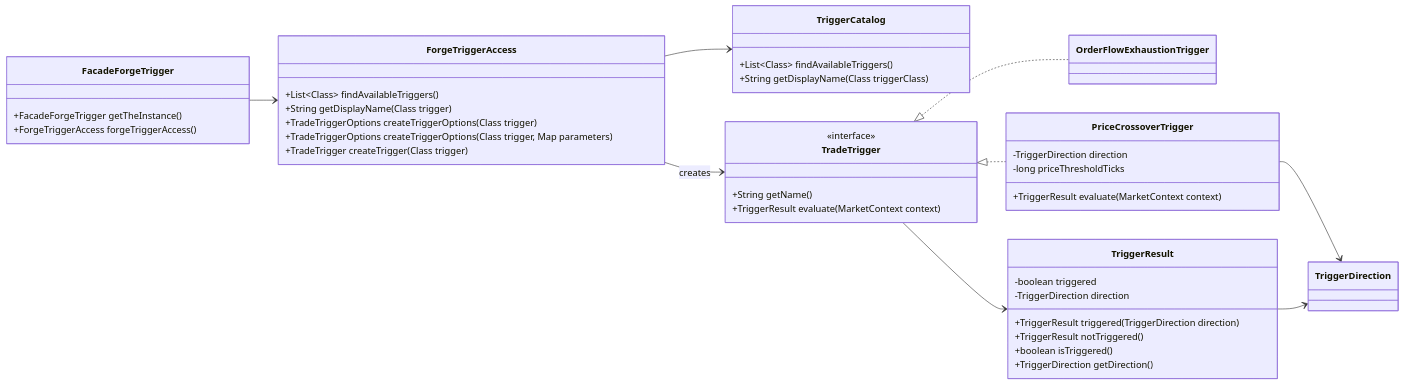
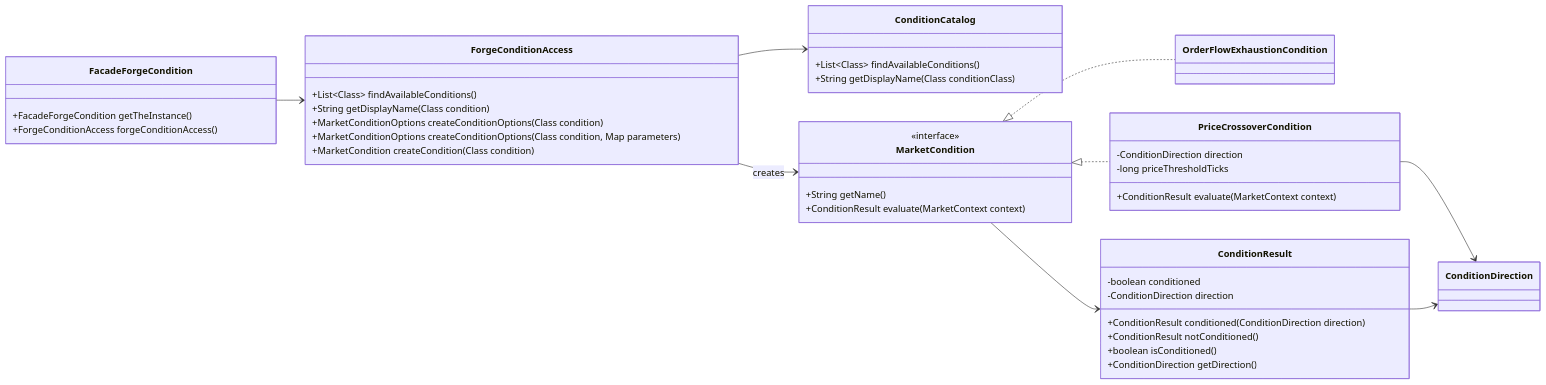
Diagram 14 of 22 in class-model.md (probst-paul/FORGE), drawn with Mermaid before and after one commit. The commit also changed other lines of this file and 125 other files, not shown here.

First line of the commit message:
Introduce MarketCondition and refactor triggers

````diff
--- a/class-model.md
+++ b/class-model.md
@@ -955,53 +955,53 @@
 ```mermaid
 classDiagram
     direction LR
 
-    class FacadeForgeTrigger {
-        +FacadeForgeTrigger getTheInstance()
-        +ForgeTriggerAccess forgeTriggerAccess()
+    class FacadeForgeCondition {
+        +FacadeForgeCondition getTheInstance()
+        +ForgeConditionAccess forgeConditionAccess()
     }
 
-    class ForgeTriggerAccess {
-        +List~Class~ findAvailableTriggers()
-        +String getDisplayName(Class trigger)
-        +TradeTriggerOptions createTriggerOptions(Class trigger)
-        +TradeTriggerOptions createTriggerOptions(Class trigger, Map parameters)
-        +TradeTrigger createTrigger(Class trigger)
+    class ForgeConditionAccess {
+        +List~Class~ findAvailableConditions()
+        +String getDisplayName(Class condition)
+        +MarketConditionOptions createConditionOptions(Class condition)
+        +MarketConditionOptions createConditionOptions(Class condition, Map parameters)
+        +MarketCondition createCondition(Class condition)
     }
 
-    class TriggerCatalog {
-        +List~Class~ findAvailableTriggers()
-        +String getDisplayName(Class triggerClass)
+    class ConditionCatalog {
+        +List~Class~ findAvailableConditions()
+        +String getDisplayName(Class conditionClass)
     }
 
-    class TradeTrigger {
+    class MarketCondition {
         <<interface>>
         +String getName()
-        +TriggerResult evaluate(MarketContext context)
+        +ConditionResult evaluate(MarketContext context)
     }
 
-    class OrderFlowExhaustionTrigger
-    class PriceCrossoverTrigger {
-        -TriggerDirection direction
+    class OrderFlowExhaustionCondition
+    class PriceCrossoverCondition {
+        -ConditionDirection direction
         -long priceThresholdTicks
-        +TriggerResult evaluate(MarketContext context)
+        +ConditionResult evaluate(MarketContext context)
     }
-    class TriggerResult {
-        -boolean triggered
-        -TriggerDirection direction
-        +TriggerResult triggered(TriggerDirection direction)
-        +TriggerResult notTriggered()
-        +boolean isTriggered()
-        +TriggerDirection getDirection()
+    class ConditionResult {
+        -boolean conditioned
+        -ConditionDirection direction
+        +ConditionResult conditioned(ConditionDirection direction)
+        +ConditionResult notConditioned()
+        +boolean isConditioned()
+        +ConditionDirection getDirection()
     }
-    class TriggerDirection
+    class ConditionDirection
 
-    FacadeForgeTrigger --> ForgeTriggerAccess
-    ForgeTriggerAccess --> TriggerCatalog
-    ForgeTriggerAccess --> TradeTrigger : creates
-    TradeTrigger <|.. OrderFlowExhaustionTrigger
-    TradeTrigger <|.. PriceCrossoverTrigger
-    TradeTrigger --> TriggerResult
-    PriceCrossoverTrigger --> TriggerDirection
-    TriggerResult --> TriggerDirection
+    FacadeForgeCondition --> ForgeConditionAccess
+    ForgeConditionAccess --> ConditionCatalog
+    ForgeConditionAccess --> MarketCondition : creates
+    MarketCondition <|.. OrderFlowExhaustionCondition
+    MarketCondition <|.. PriceCrossoverCondition
+    MarketCondition --> ConditionResult
+    PriceCrossoverCondition --> ConditionDirection
+    ConditionResult --> ConditionDirection
 ```
````
